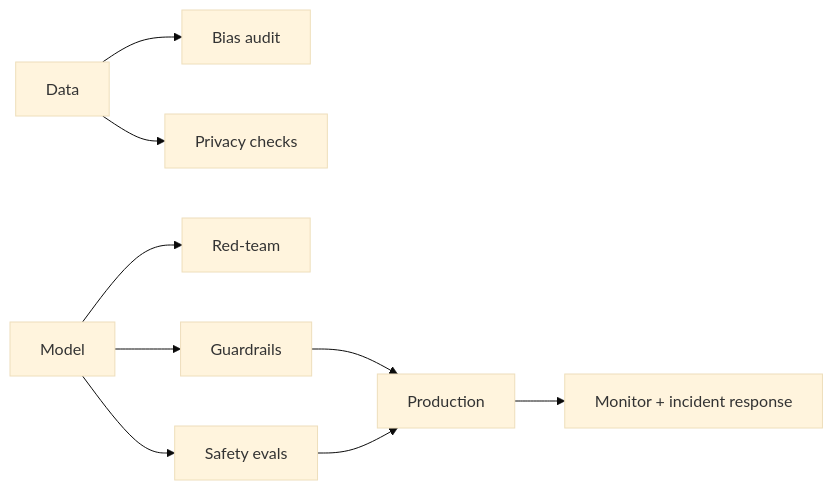
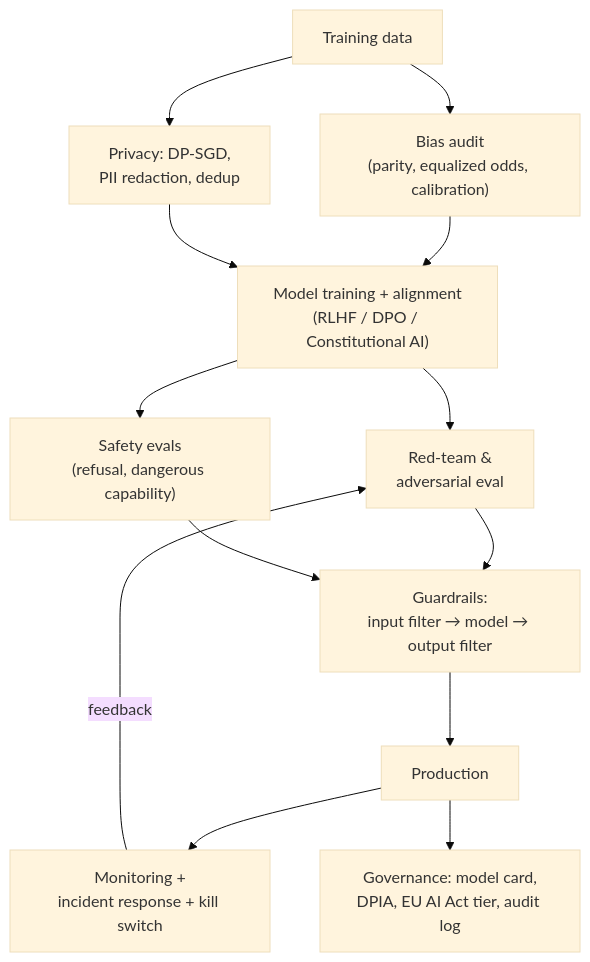
Before and after one commit to ABHIRAM3007/itp: the first of 2 diagrams in roadmap/phase-6-advanced/05-ai-safety.md, drawn with Mermaid (base theme). The commit also changed other lines of this file and 16 other files, not shown here.

````diff
--- a/roadmap/phase-6-advanced/05-ai-safety.md
+++ b/roadmap/phase-6-advanced/05-ai-safety.md
@@ -80,11 +147,15 @@
 ```mermaid
-flowchart LR
-    D["Data"] --> B["Bias audit"]
-    D --> P["Privacy checks"]
-    Model --> R["Red-team"]
-    Model --> G["Guardrails"]
-    Model --> Ev["Safety evals"]
-    G --> Prod["Production"]
-    Ev --> Prod
-    Prod --> Mon["Monitor + incident response"]
+flowchart TD
+    D["Training data"] --> BA["Bias audit<br/>(parity, equalized odds, calibration)"]
+    D --> PR["Privacy: DP-SGD,<br/>PII redaction, dedup"]
+    BA --> M["Model training + alignment<br/>(RLHF / DPO / Constitutional AI)"]
+    PR --> M
+    M --> RT["Red-team &<br/>adversarial eval"]
+    M --> EV["Safety evals<br/>(refusal, dangerous capability)"]
+    RT --> G["Guardrails:<br/>input filter → model → output filter"]
+    EV --> G
+    G --> P["Production"]
+    P --> MON["Monitoring +<br/>incident response + kill switch"]
+    MON -->|feedback| RT
+    P --> DOC["Governance: model card,<br/>DPIA, EU AI Act tier, audit log"]
 ```
````
